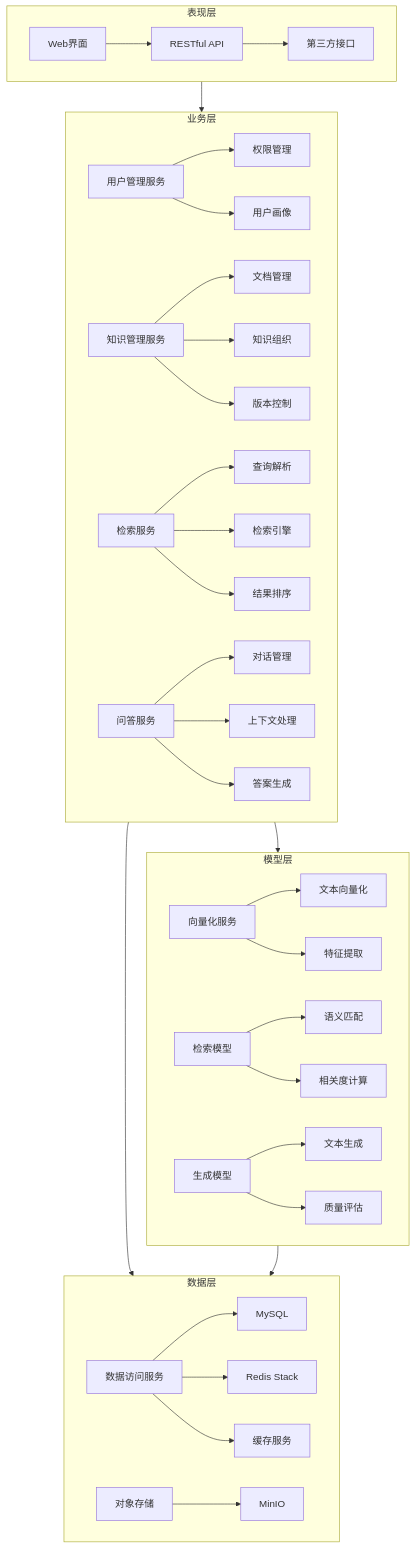
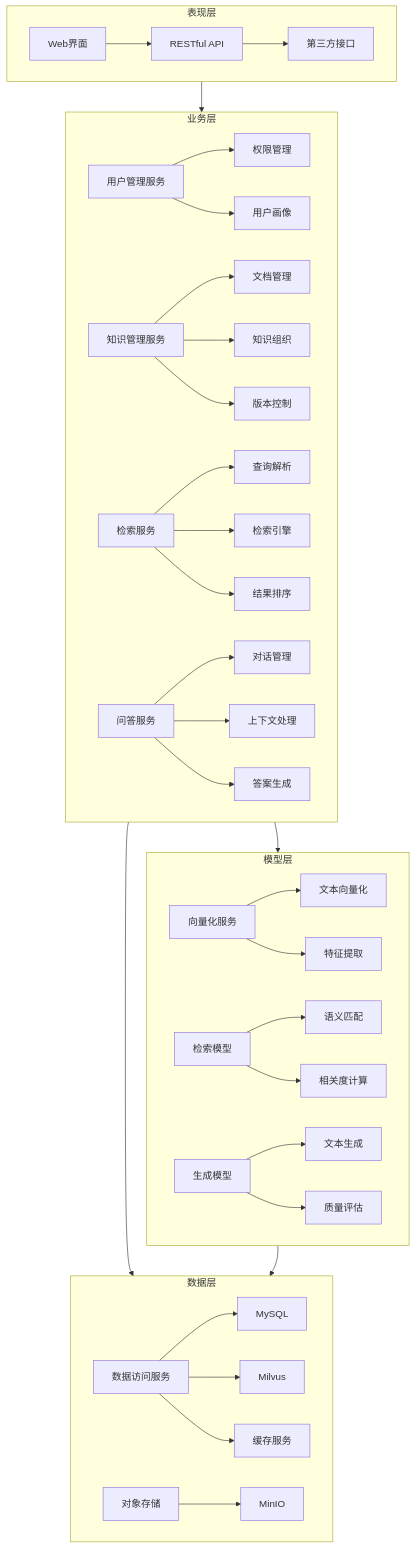
The sixth of 6 diagrams in doc/架构设计.md (xmx0632/aiKnowledgeBase), drawn with Mermaid before and after one commit. The commit also changed other lines of this file and 1 other file, not shown here.

````diff
--- a/doc/架构设计.md
+++ b/doc/架构设计.md
@@ -209,48 +257,48 @@
 ```mermaid
 graph TB
     subgraph 表现层
         A1[Web界面] --> A2[RESTful API]
         A2 --> A3[第三方接口]
     end
 
     subgraph 业务层
         B1[用户管理服务] --> B2[权限管理]
         B1 --> B3[用户画像]
         
         C1[知识管理服务] --> C2[文档管理]
         C1 --> C3[知识组织]
         C1 --> C4[版本控制]
         
         D1[检索服务] --> D2[查询解析]
         D1 --> D3[检索引擎]
         D1 --> D4[结果排序]
         
         E1[问答服务] --> E2[对话管理]
         E1 --> E3[上下文处理]
         E1 --> E4[答案生成]
     end
 
     subgraph 模型层
         F1[向量化服务] --> F2[文本向量化]
         F1 --> F3[特征提取]
         
         G1[检索模型] --> G2[语义匹配]
         G1 --> G3[相关度计算]
         
         H1[生成模型] --> H2[文本生成]
         H1 --> H3[质量评估]
     end
 
     subgraph 数据层
         I1[数据访问服务] --> I2[MySQL]
-        I1 --> I3[Redis Stack]
+        I1 --> I3[Milvus]
         I1 --> I4[缓存服务]
         
         J1[对象存储] --> J2[MinIO]
     end
 
     表现层 --> 业务层
     业务层 --> 模型层
     业务层 --> 数据层
     模型层 --> 数据层
 ```
````
